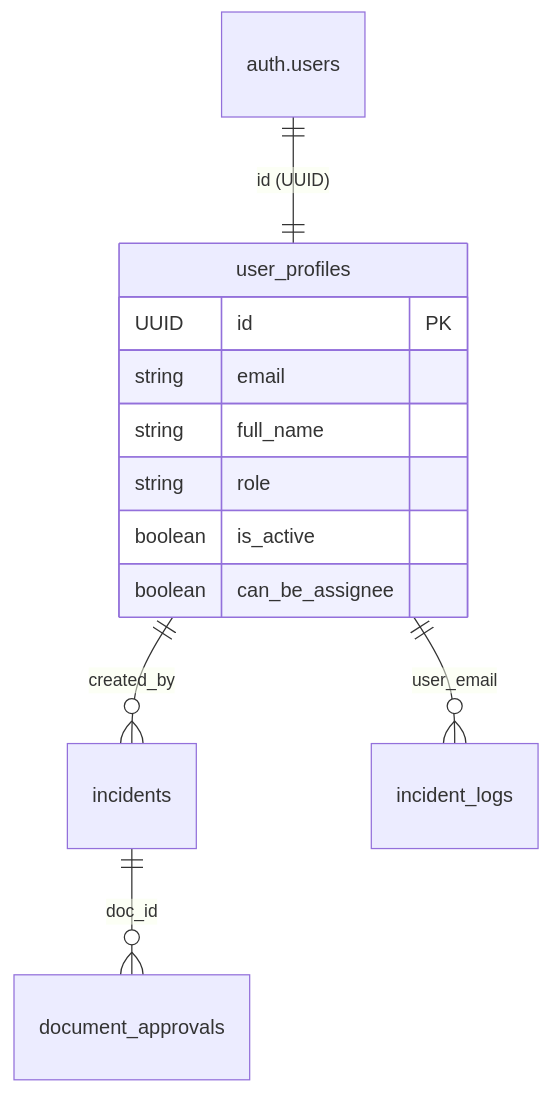
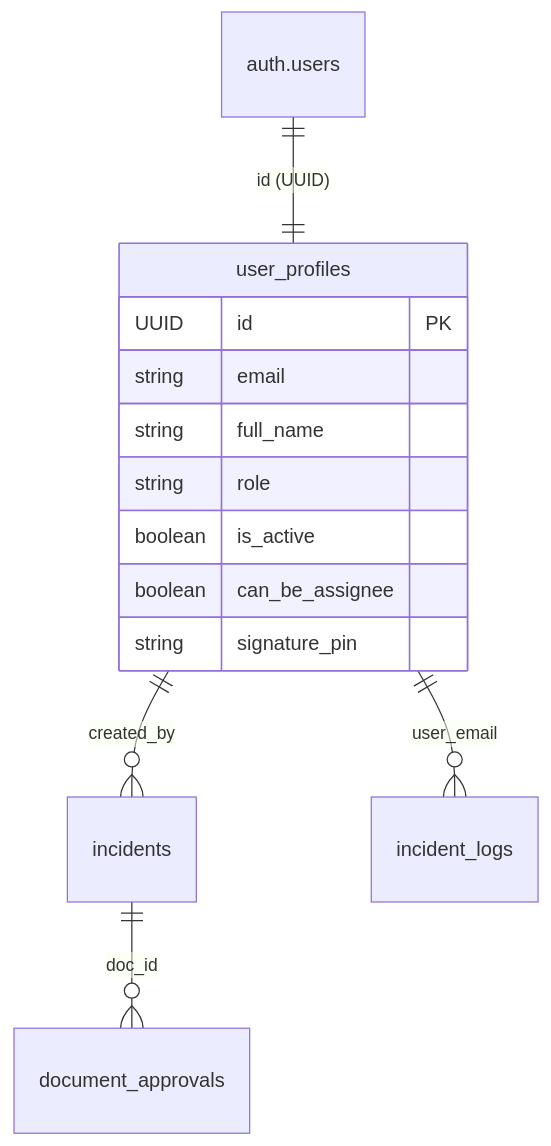
One commit to dowa-tht/it-management changed the diagram in docs/architecture/DATABASE_AND_FLOW.md. Above: the diagram before and after it, drawn with Mermaid. The commit also changed 1 other file, not shown here.

Commit message:
fix: rename pin column to signature_pin in user actions and docs

````diff
--- a/docs/architecture/DATABASE_AND_FLOW.md
+++ b/docs/architecture/DATABASE_AND_FLOW.md
@@ -18,15 +18,16 @@
 ```mermaid
 erDiagram
     "auth.users" ||--|| "user_profiles" : "id (UUID)"
     "user_profiles" {
         UUID id PK
         string email
         string full_name
         string role
         boolean is_active
         boolean can_be_assignee
+        string signature_pin
     }
     "user_profiles" ||--o{ "incidents" : "created_by"
     "user_profiles" ||--o{ "incident_logs" : "user_email"
     "incidents" ||--o{ "document_approvals" : "doc_id"
 ```
````
